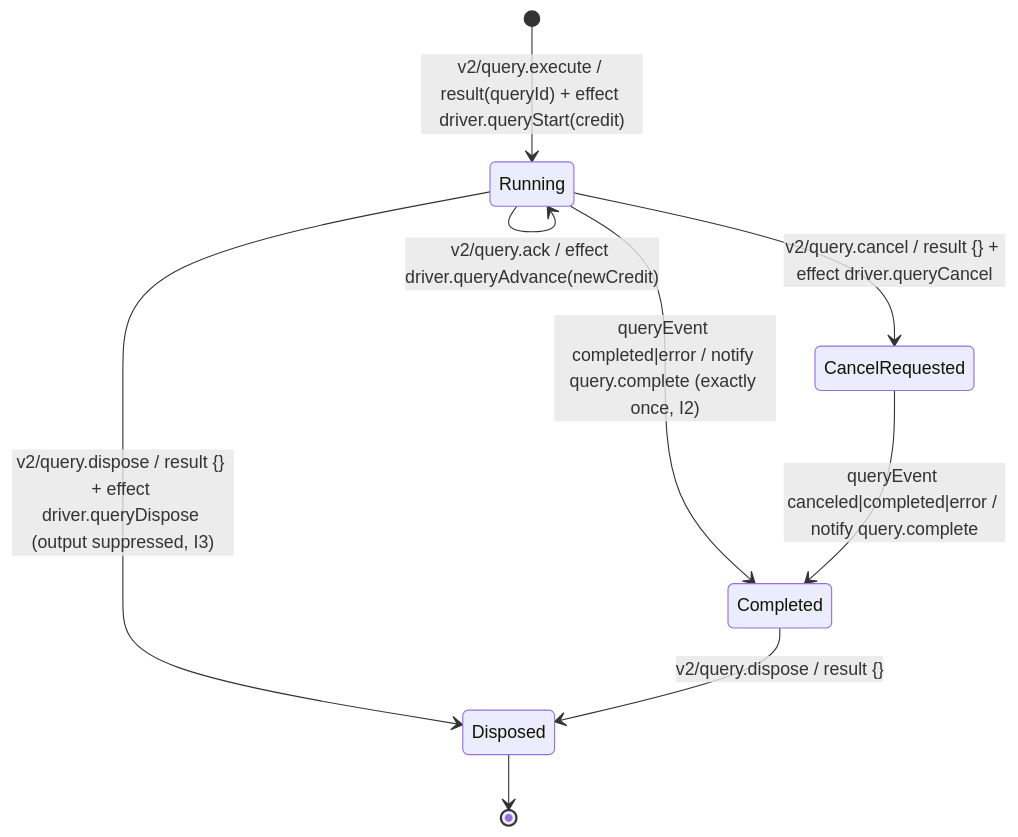
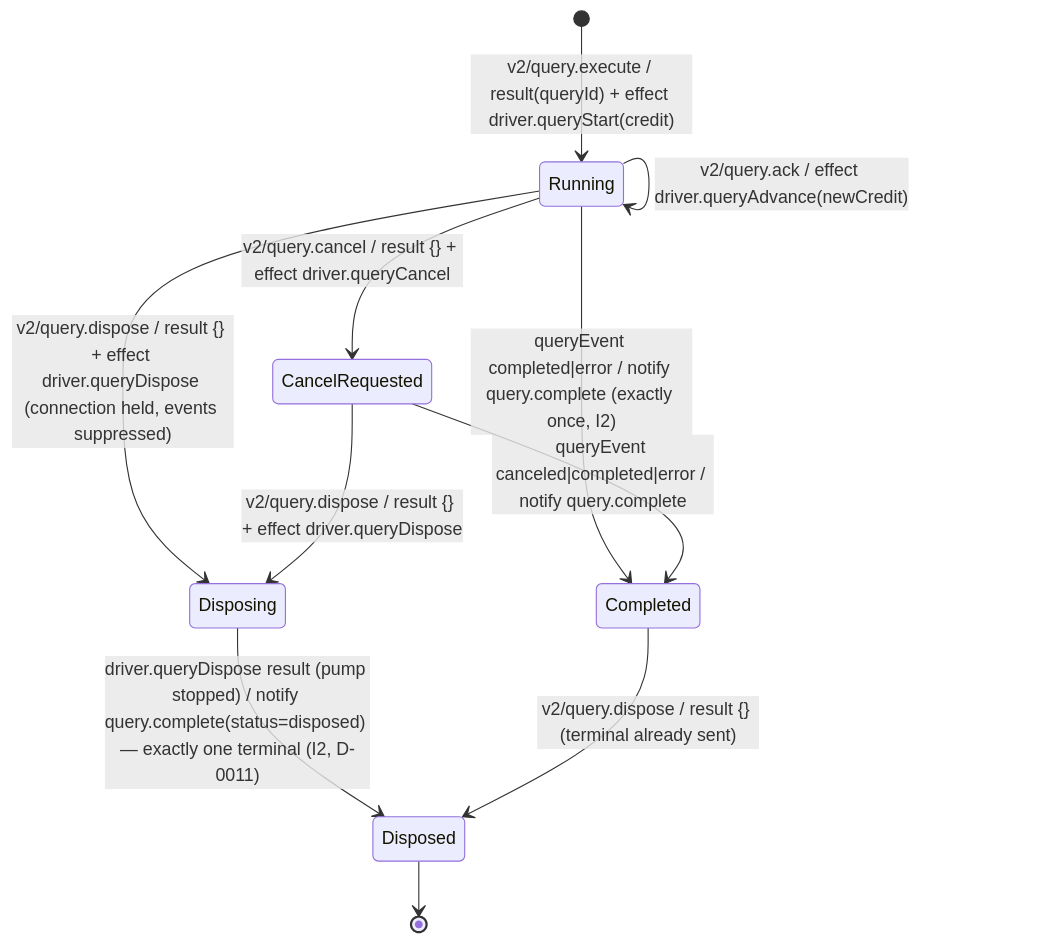
Before and after one commit to microsoft/sqltoolsservice: the second of 2 diagrams in docs/sts2/STATE-MACHINE.md, drawn with Mermaid. The commit also changed 9 other files, not shown here.

````diff
--- a/docs/sts2/STATE-MACHINE.md
+++ b/docs/sts2/STATE-MACHINE.md
@@ -29,13 +29,15 @@
 ```mermaid
 stateDiagram-v2
     [*] --> Running : v2/query.execute / result(queryId) + effect driver.queryStart(credit)
     Running --> Running : queryEvent rows / notify query.rows (pagesSent+1, credit-1)
     Running --> Running : queryEvent resultSet|message / notify
     Running --> Running : v2/query.ack / effect driver.queryAdvance(newCredit)
     Running --> CancelRequested : v2/query.cancel / result {} + effect driver.queryCancel
     Running --> Completed : queryEvent completed|error / notify query.complete (exactly once, I2)
     CancelRequested --> Completed : queryEvent canceled|completed|error / notify query.complete
-    Running --> Disposed : v2/query.dispose / result {} + effect driver.queryDispose (output suppressed, I3)
-    Completed --> Disposed : v2/query.dispose / result {}
+    Running --> Disposing : v2/query.dispose / result {} + effect driver.queryDispose (connection held, events suppressed)
+    CancelRequested --> Disposing : v2/query.dispose / result {} + effect driver.queryDispose
+    Disposing --> Disposed : driver.queryDispose result (pump stopped) / notify query.complete(status=disposed) — exactly one terminal (I2, D-0011)
+    Completed --> Disposed : v2/query.dispose / result {} (terminal already sent)
     Disposed --> [*]
 ```
````
